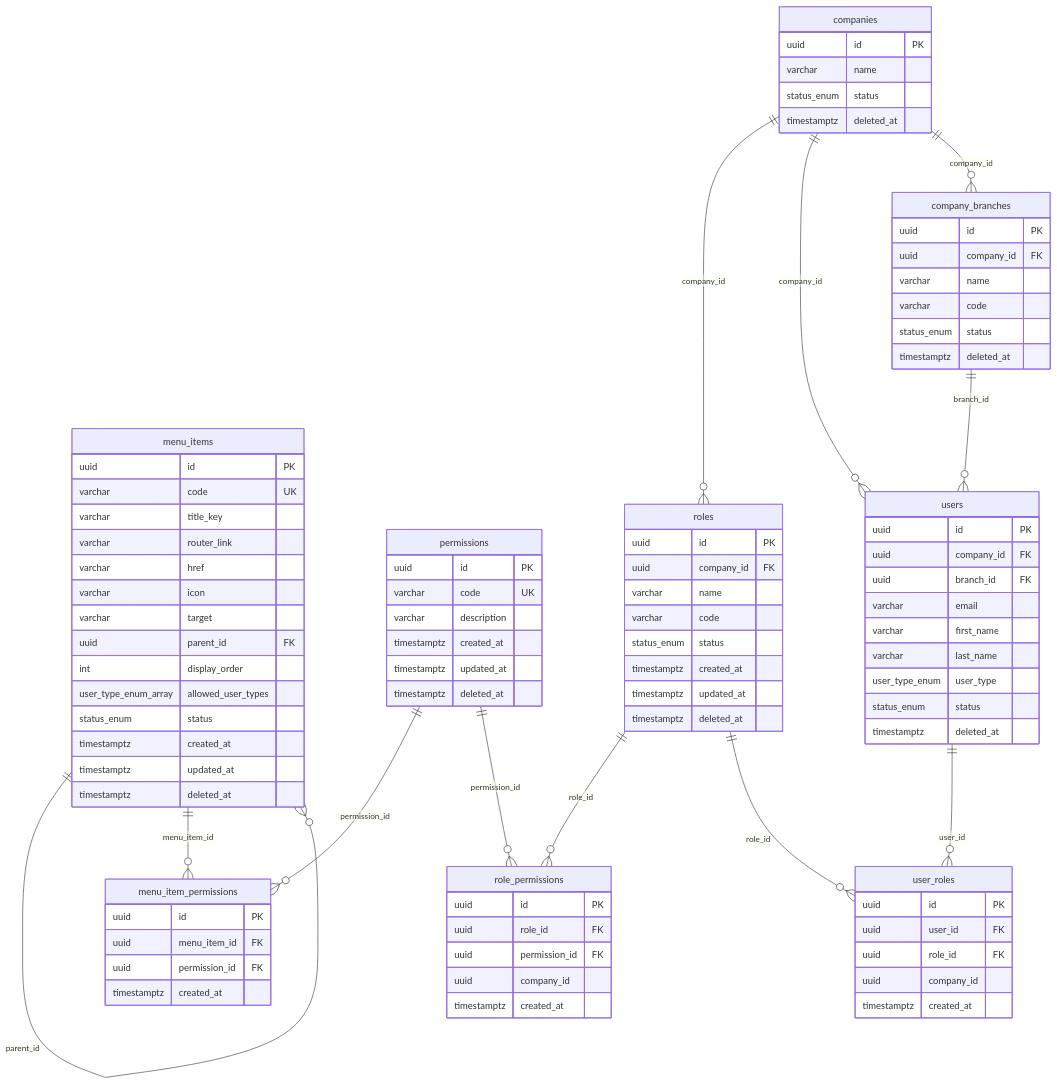
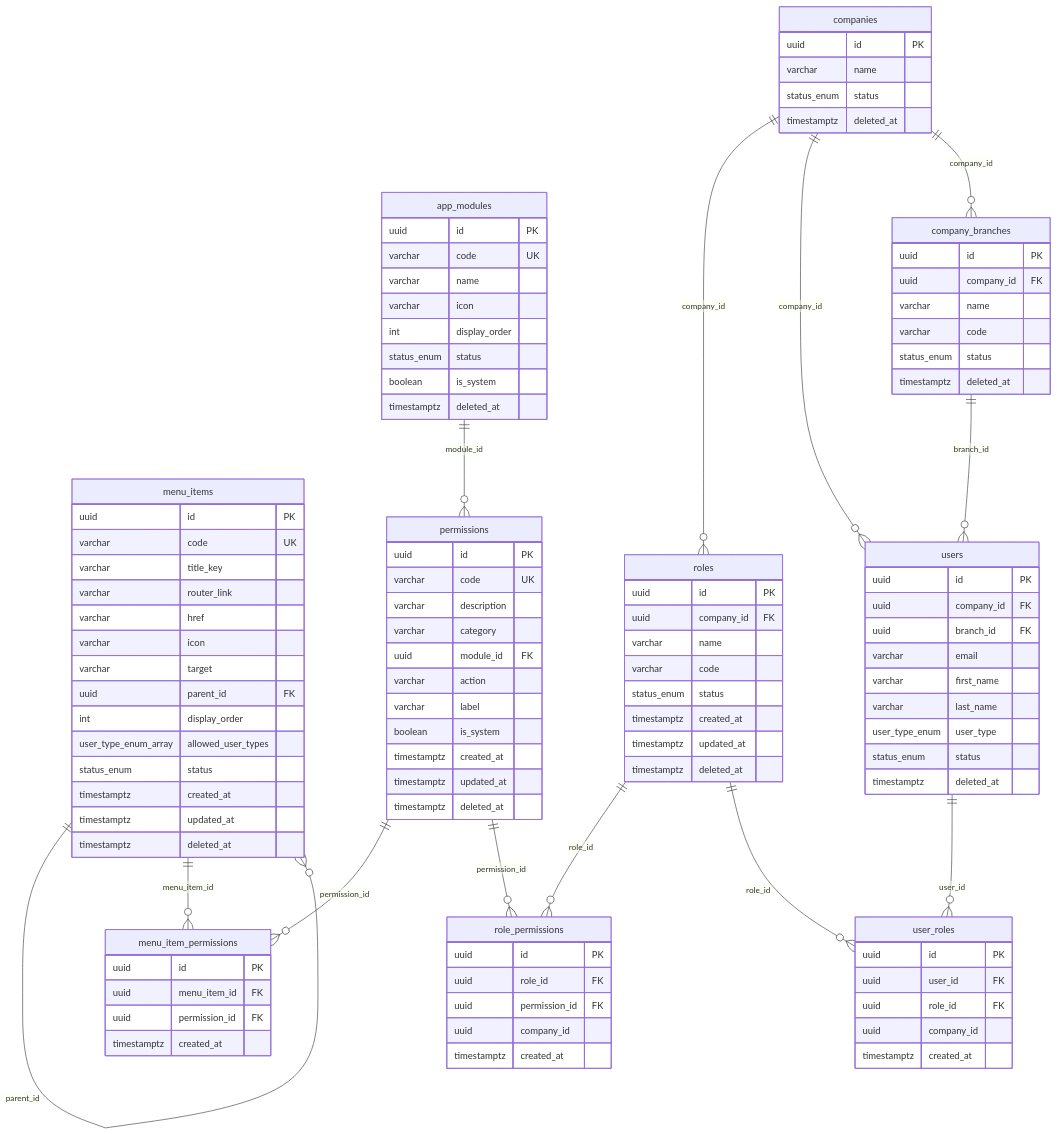
One commit to apaul6dev/obralink-backend changed the fourth of 4 diagrams in MENU_CONFIGURATION.md. Above: the diagram before and after it, drawn with Mermaid. The commit also changed other lines of this file and 21 other files, not shown here.

```diff
--- a/MENU_CONFIGURATION.md
+++ b/MENU_CONFIGURATION.md
@@ -139,6 +150,7 @@
   menu_items ||--o{ menu_item_permissions : "menu_item_id"
   permissions ||--o{ menu_item_permissions : "permission_id"
   permissions ||--o{ role_permissions : "permission_id"
+  app_modules ||--o{ permissions : "module_id"
   roles ||--o{ role_permissions : "role_id"
   roles ||--o{ user_roles : "role_id"
   users ||--o{ user_roles : "user_id"
@@ -175,8 +187,24 @@
     uuid id PK
     varchar code UK
     varchar description
+    varchar category
+    uuid module_id FK
+    varchar action
+    varchar label
+    boolean is_system
     timestamptz created_at
     timestamptz updated_at
+    timestamptz deleted_at
+  }
+
+  app_modules {
+    uuid id PK
+    varchar code UK
+    varchar name
+    varchar icon
+    int display_order
+    status_enum status
+    boolean is_system
     timestamptz deleted_at
   }
 
```
